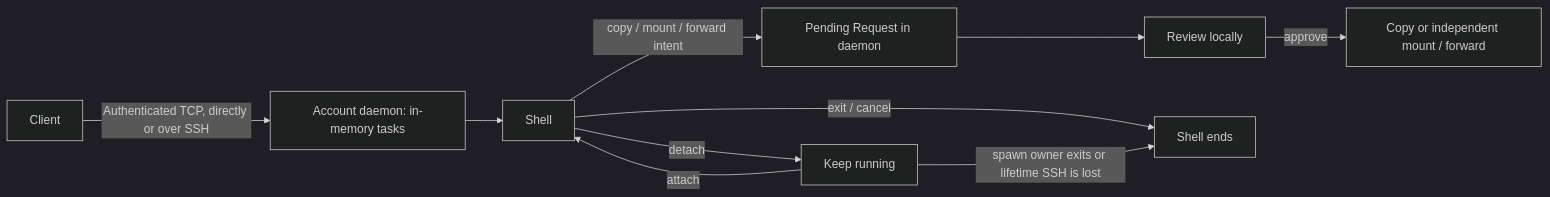
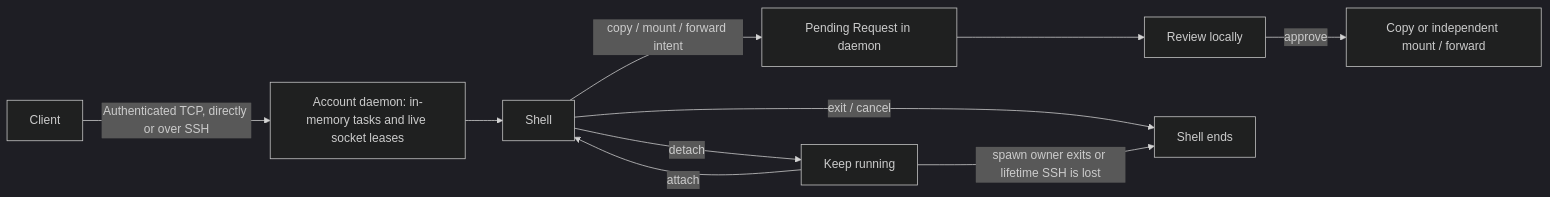
The diagram in README.md (jay-waves/sshore), drawn with Mermaid (dark theme) before and after one commit. The commit also changed other lines of this file and 64 other files, not shown here.

````diff
--- a/README.md
+++ b/README.md
@@ -75,12 +77,12 @@
 ```mermaid
 flowchart LR
-    client["Client"] -->|"Authenticated TCP, directly or over SSH"| daemon["Account daemon: in-memory tasks"]
+    client["Client"] -->|"Authenticated TCP, directly or over SSH"| daemon["Account daemon: in-memory tasks and live socket leases"]
     daemon --> shell["Shell"]
     shell -->|"detach"| background["Keep running"]
     background -->|"attach"| shell
     shell -->|"copy / mount / forward intent"| request["Pending Request in daemon"]
     request --> review["Review locally"]
     review -->|"approve"| operation["Copy or independent mount / forward"]
     shell -->|"exit / cancel"| ended["Shell ends"]
     background -->|"spawn owner exits or lifetime SSH is lost"| ended
 ```
````
